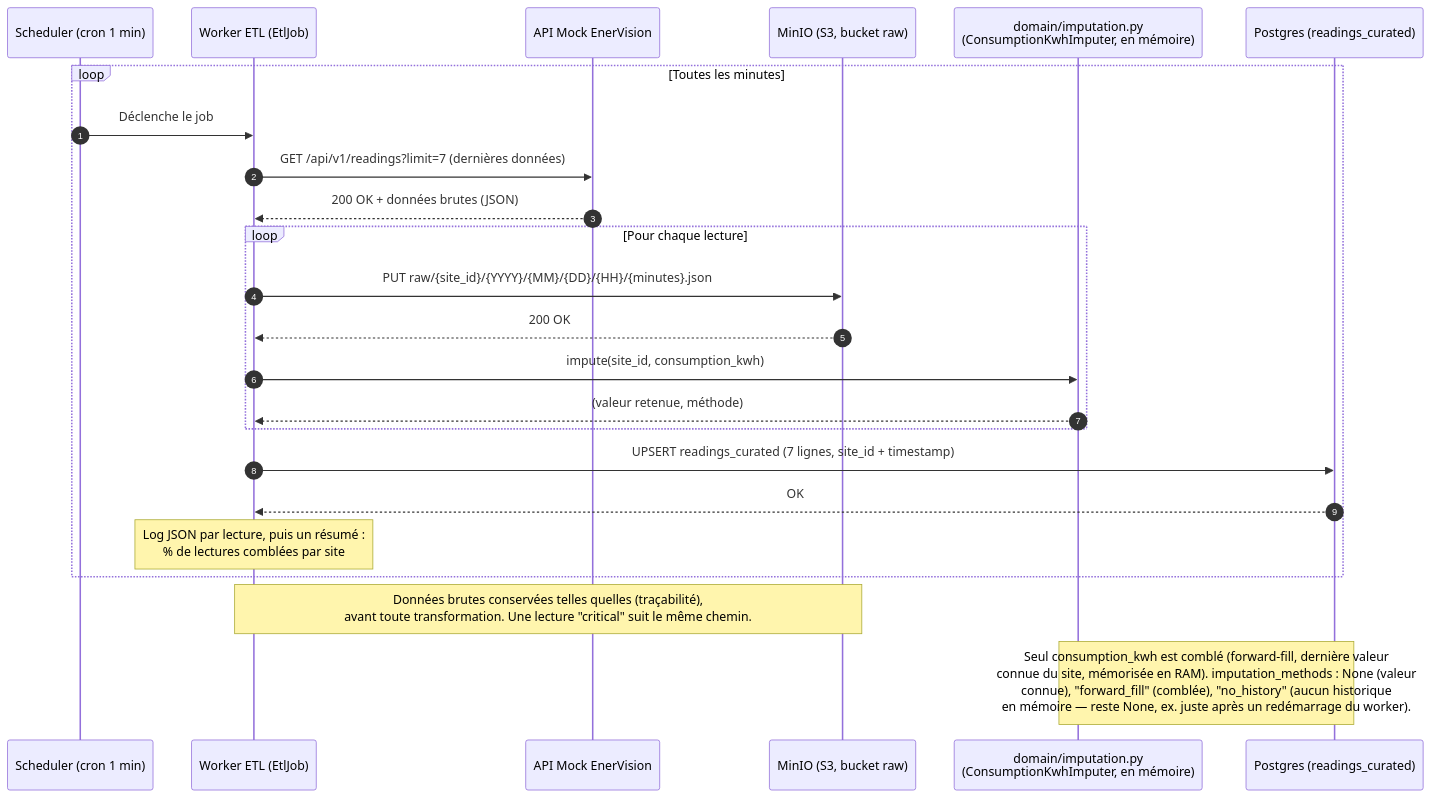
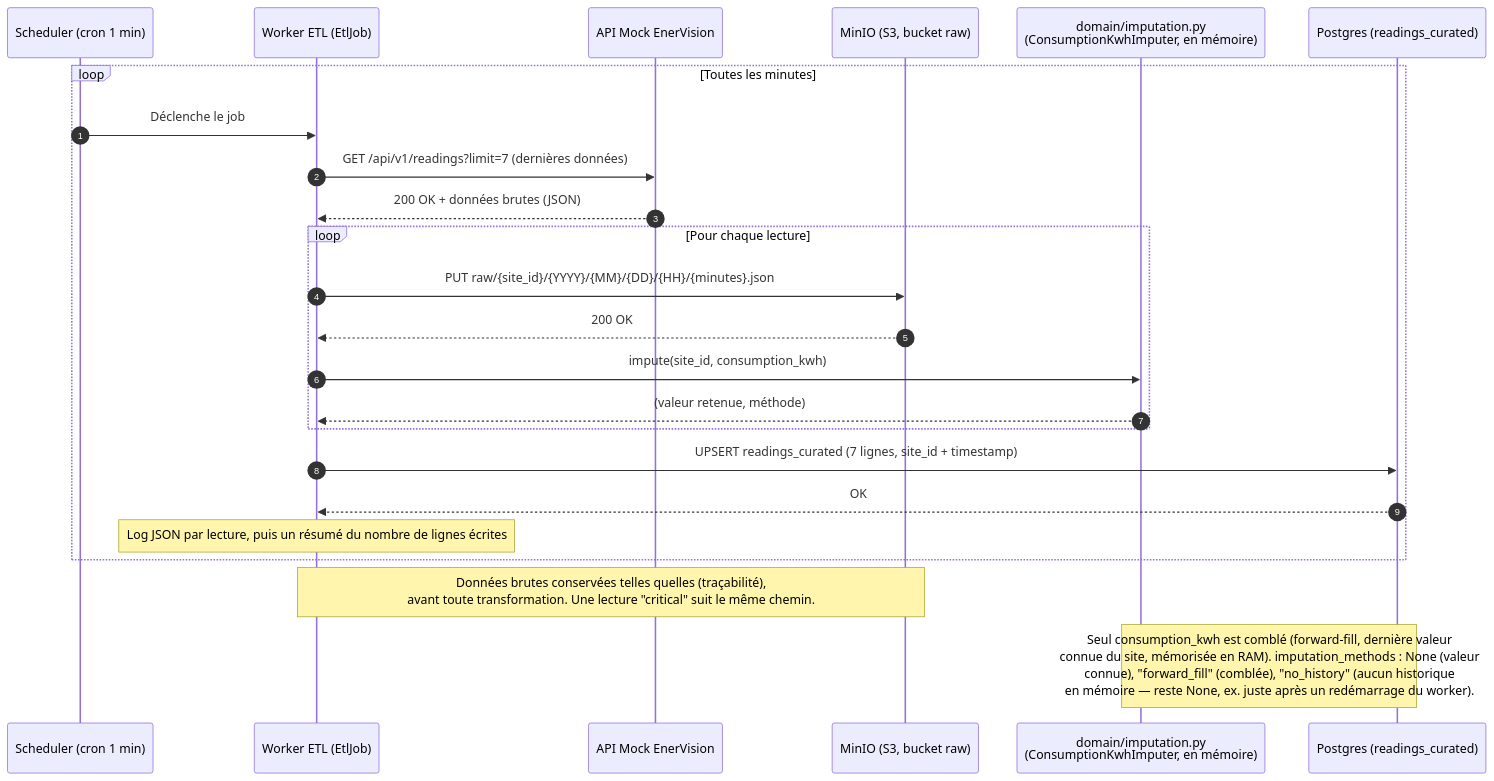
One commit to PetitPingu/EnerVision changed the diagram in docs/seq_etl.md. Above: the diagram before and after it, drawn with Mermaid. The commit also changed 5 other files, not shown here.

````diff
--- a/docs/seq_etl.md
+++ b/docs/seq_etl.md
@@ -10,28 +10,28 @@
 ```mermaid
 sequenceDiagram
     autonumber
     participant Cron as Scheduler (cron 1 min)
     participant Worker as Worker ETL (EtlJob)
     participant Mock as API Mock EnerVision
     participant MinIO as MinIO (S3, bucket raw)
     participant Impute as domain/imputation.py<br/>(ConsumptionKwhImputer, en mémoire)
     participant DB as Postgres (readings_curated)
 
     loop Toutes les minutes
         Cron->>Worker: Déclenche le job
         Worker->>Mock: GET /api/v1/readings?limit=7 (dernières données)
         Mock-->>Worker: 200 OK + données brutes (JSON)
         loop Pour chaque lecture
             Worker->>MinIO: PUT raw/{site_id}/{YYYY}/{MM}/{DD}/{HH}/{minutes}.json
             MinIO-->>Worker: 200 OK
             Worker->>Impute: impute(site_id, consumption_kwh)
             Impute-->>Worker: (valeur retenue, méthode)
         end
         Worker->>DB: UPSERT readings_curated (7 lignes, site_id + timestamp)
         DB-->>Worker: OK
-        Note over Worker: Log JSON par lecture, puis un résumé :<br/>% de lectures comblées par site
+        Note over Worker: Log JSON par lecture, puis un résumé du nombre de lignes écrites
     end
 
     Note over Worker,MinIO: Données brutes conservées telles quelles (traçabilité),<br/>avant toute transformation. Une lecture "critical" suit le même chemin.
     Note over Impute,DB: Seul consumption_kwh est comblé (forward-fill, dernière valeur<br/>connue du site, mémorisée en RAM). imputation_methods : None (valeur<br/>connue), "forward_fill" (comblée), "no_history" (aucun historique<br/>en mémoire — reste None, ex. juste après un redémarrage du worker).
 ```
````
